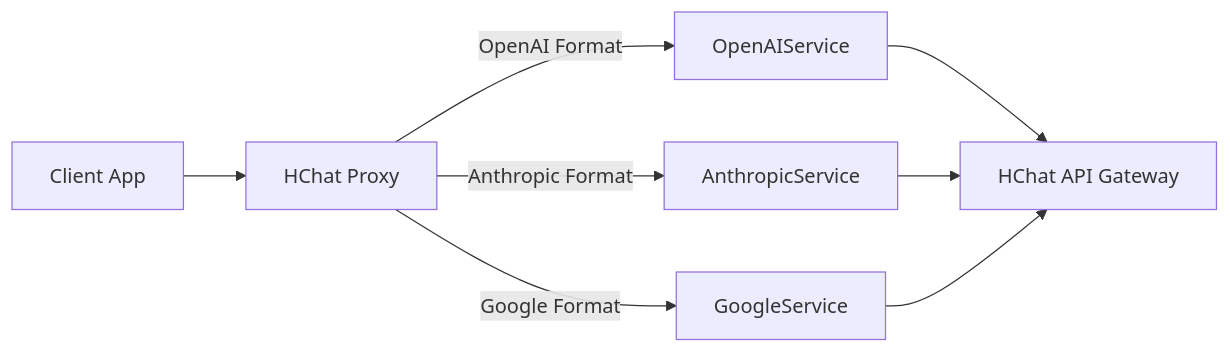
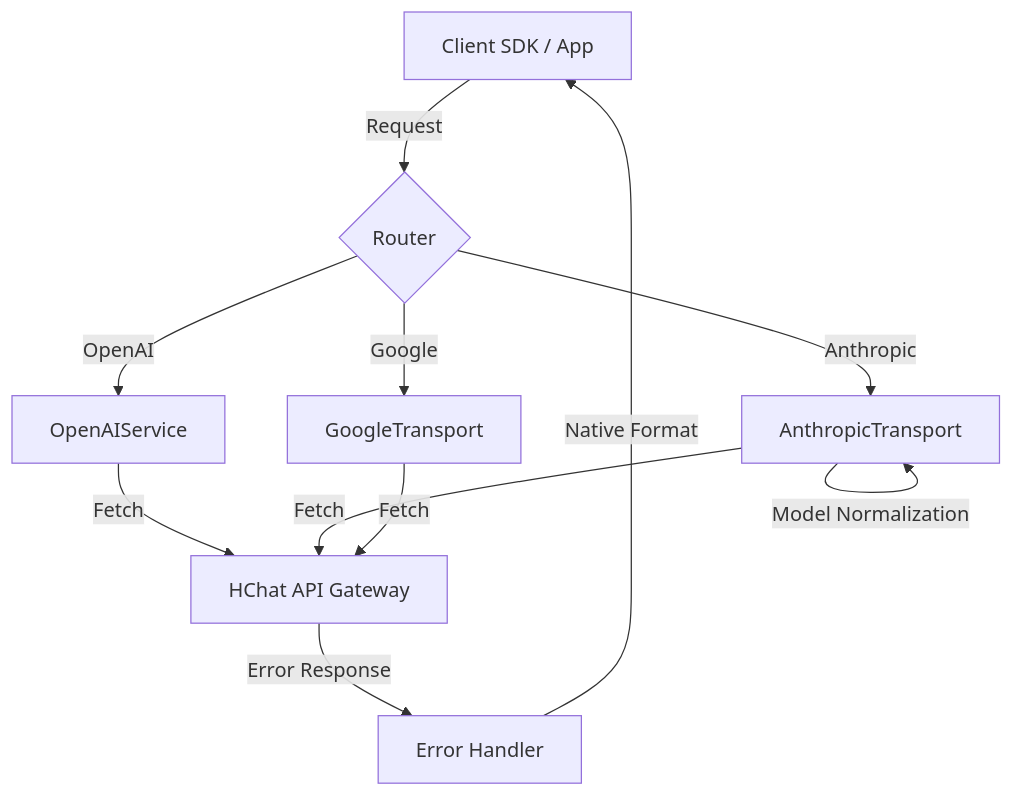
One commit to rewq114/hchat-proxy changed the diagram in README.md. Above: the diagram before and after it, drawn with Mermaid. The commit also changed other lines of this file, not shown here.

````diff
--- a/README.md
+++ b/README.md
@@ -48,10 +44,15 @@
 ```mermaid
-graph LR
-    User[Client App] --> Proxy[HChat Proxy]
-    Proxy -->|OpenAI Format| OpenAIService
-    Proxy -->|Anthropic Format| AnthropicService
-    Proxy -->|Google Format| GoogleService
-    OpenAIService --> HChat[HChat API Gateway]
-    AnthropicService --> HChat
-    GoogleService --> HChat
+graph TD
+    Client[Client SDK / App] -->|Request| Router{Router}
+    Router -->|OpenAI| O[OpenAIService]
+    Router -->|Anthropic| A[AnthropicTransport]
+    Router -->|Google| G[GoogleTransport]
+
+    A -->|Tool Choice Removal| A
+    A -->|Model Normalization| A
+
+    O & A & G -->|Fetch| HChat[HChat API Gateway]
+
+    HChat -->|Error Response| EH[Error Handler]
+    EH -->|Native Format| Client
 ```
````
